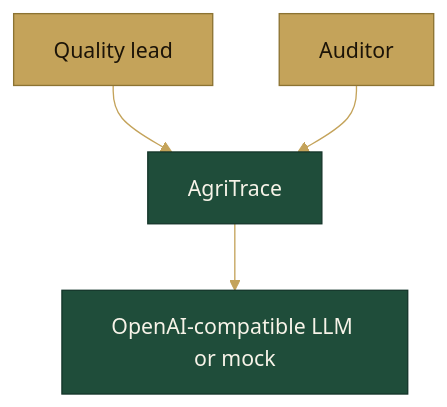
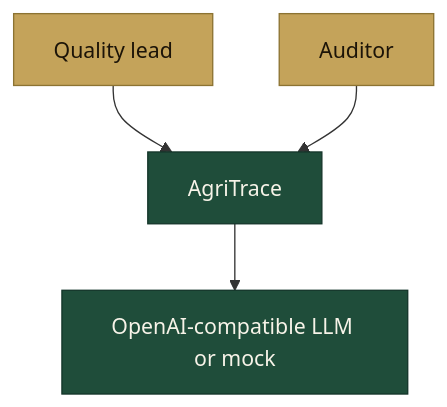
Before and after one commit to MourabitElBachir/traceability-graph-agents: the fourth of 7 diagrams in README.md, drawn with Mermaid. The commit also changed other lines of this file and 19 other files, not shown here.

Commit message:
docs: fix Mermaid rendering, add French README and data walkthrough (#2)

````diff
--- a/README.md
+++ b/README.md
@@ -227,15 +604,14 @@
 ```mermaid
-%%{init: {'theme': 'base', 'themeVariables': {'primaryColor': '#1F4D3A', 'primaryTextColor': '#F7F3E8', 'primaryBorderColor': '#14352A', 'lineColor': '#C4A35A', 'secondaryColor': '#F4E8C1', 'tertiaryColor': '#E7F0EA', 'fontFamily': 'Georgia, serif'}}}%%
 flowchart TB
   lead["Quality lead"]
   auditor["Auditor"]
-  system["AgriTrace"]
+  agritrace["AgriTrace"]
   llm["OpenAI-compatible LLM or mock"]
-  lead --> system
-  auditor --> system
-  system --> llm
+  lead --> agritrace
+  auditor --> agritrace
+  agritrace --> llm
   classDef person fill:#C4A35A,stroke:#8C7332,color:#1C1408;
   classDef sys fill:#1F4D3A,stroke:#14352A,color:#F7F3E8;
   class lead,auditor person;
-  class system,llm sys;
+  class agritrace,llm sys;
 ```
````
